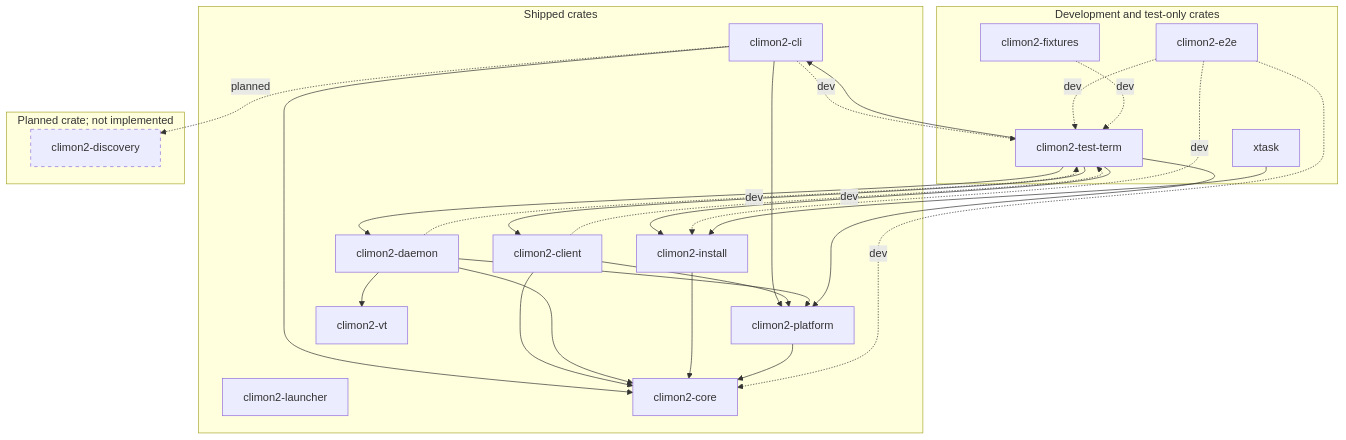
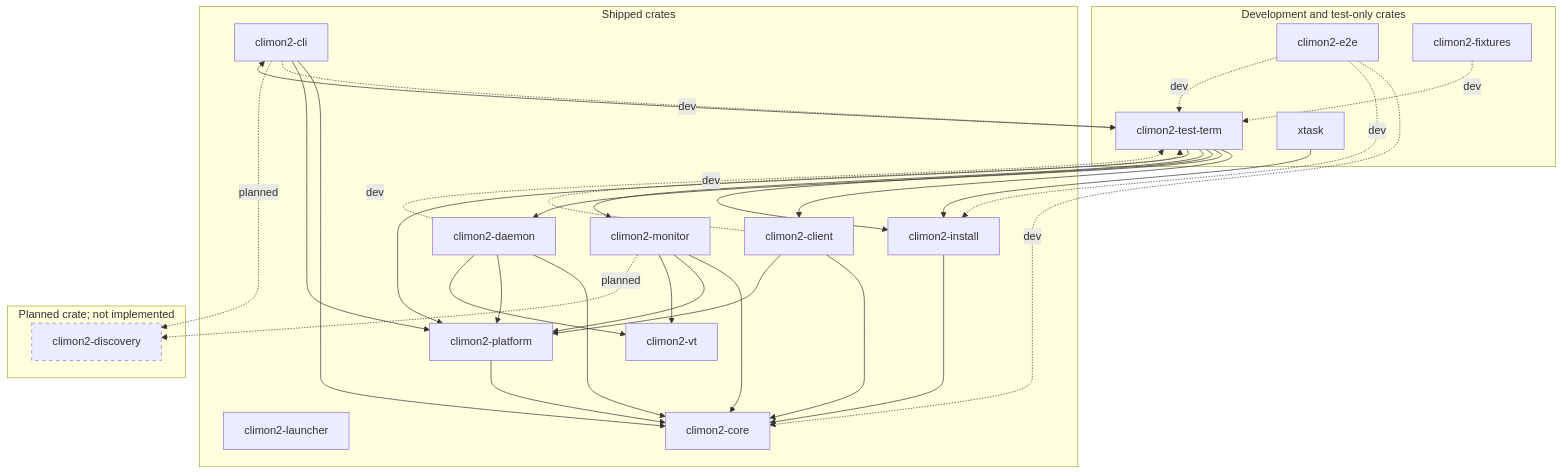
Before and after one commit to jackgeek/climon2: the diagram in docs/crate-relationships.md, drawn with Mermaid. The commit also changed other lines of this file and 54 other files, not shown here.

````diff
--- a/docs/crate-relationships.md
+++ b/docs/crate-relationships.md
@@ -10,50 +10,56 @@
 ```mermaid
 flowchart TB
     subgraph shipped["Shipped crates"]
         launcher["climon2-launcher"]
         cli["climon2-cli"]
         client["climon2-client"]
         daemon["climon2-daemon"]
         install["climon2-install"]
+        monitor["climon2-monitor"]
         platform["climon2-platform"]
         core["climon2-core"]
         vt["climon2-vt"]
 
         cli --> core
         cli --> platform
         client --> core
         client --> platform
         daemon --> core
         daemon --> platform
         daemon --> vt
         install --> core
+        monitor --> core
+        monitor --> platform
+        monitor --> vt
         platform --> core
     end
 
     subgraph development["Development and test-only crates"]
         test_term["climon2-test-term"]
         e2e["climon2-e2e"]
         fixtures["climon2-fixtures"]
         xtask["xtask"]
     end
 
     cli -.->|"dev"| test_term
     client -.->|"dev"| test_term
     daemon -.->|"dev"| test_term
     test_term --> cli
     test_term --> client
     test_term --> daemon
     test_term --> install
+    test_term --> monitor
     test_term --> platform
     e2e -.->|"dev"| core
     e2e -.->|"dev"| install
     e2e -.->|"dev"| test_term
     fixtures -.->|"dev"| test_term
     xtask --> install
 
     subgraph planned["Planned crate; not implemented"]
         discovery["climon2-discovery"]
     end
     cli -.->|"planned"| discovery
+    monitor -.->|"planned"| discovery
     style discovery stroke-dasharray: 5 5
 ```
````
